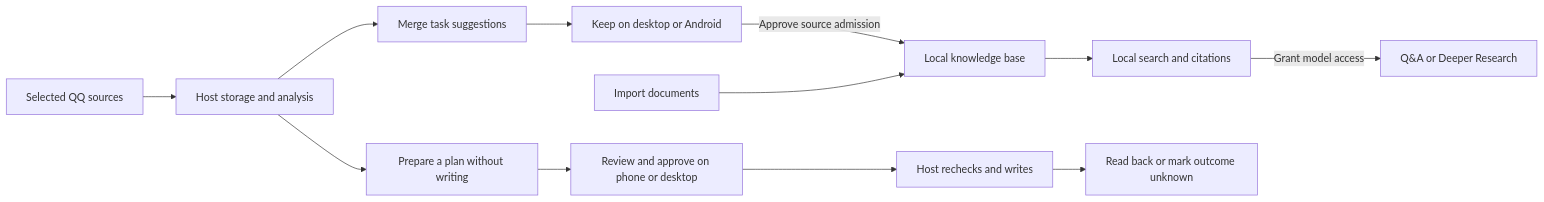
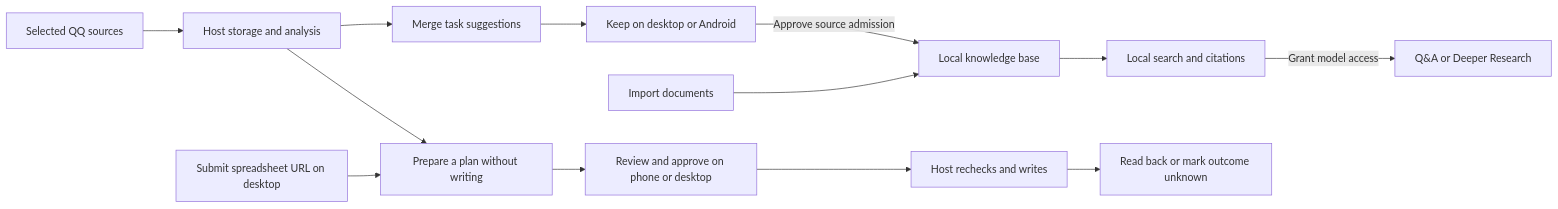
The diagram in README_EN.md (luojie286/Campus_Desk), drawn with Mermaid before and after one commit. The commit also changed other lines of this file and 39 other files, not shown here.

````diff
--- a/README_EN.md
+++ b/README_EN.md
@@ -107,14 +111,15 @@
 ```mermaid
 flowchart LR
     Q[Selected QQ sources] --> H[Host storage and analysis]
     H --> T[Merge task suggestions]
     T --> K[Keep on desktop or Android]
     K -->|Approve source admission| L[Local knowledge base]
     D[Import documents] --> L
     L --> R[Local search and citations]
     R -->|Grant model access| S[Q&A or Deeper Research]
     H --> P[Prepare a plan without writing]
+    M[Submit spreadsheet URL on desktop] --> P
     P --> A[Review and approve on phone or desktop]
     A --> W[Host rechecks and writes]
     W --> V[Read back or mark outcome unknown]
 ```
````
